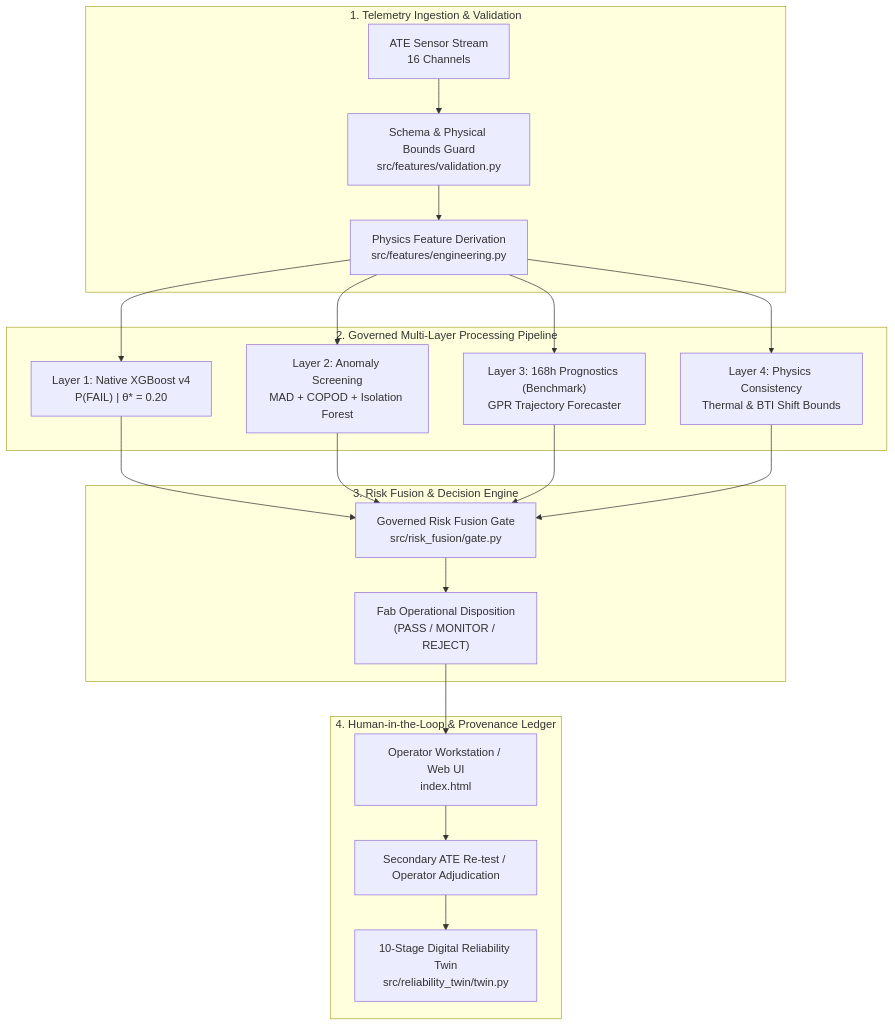
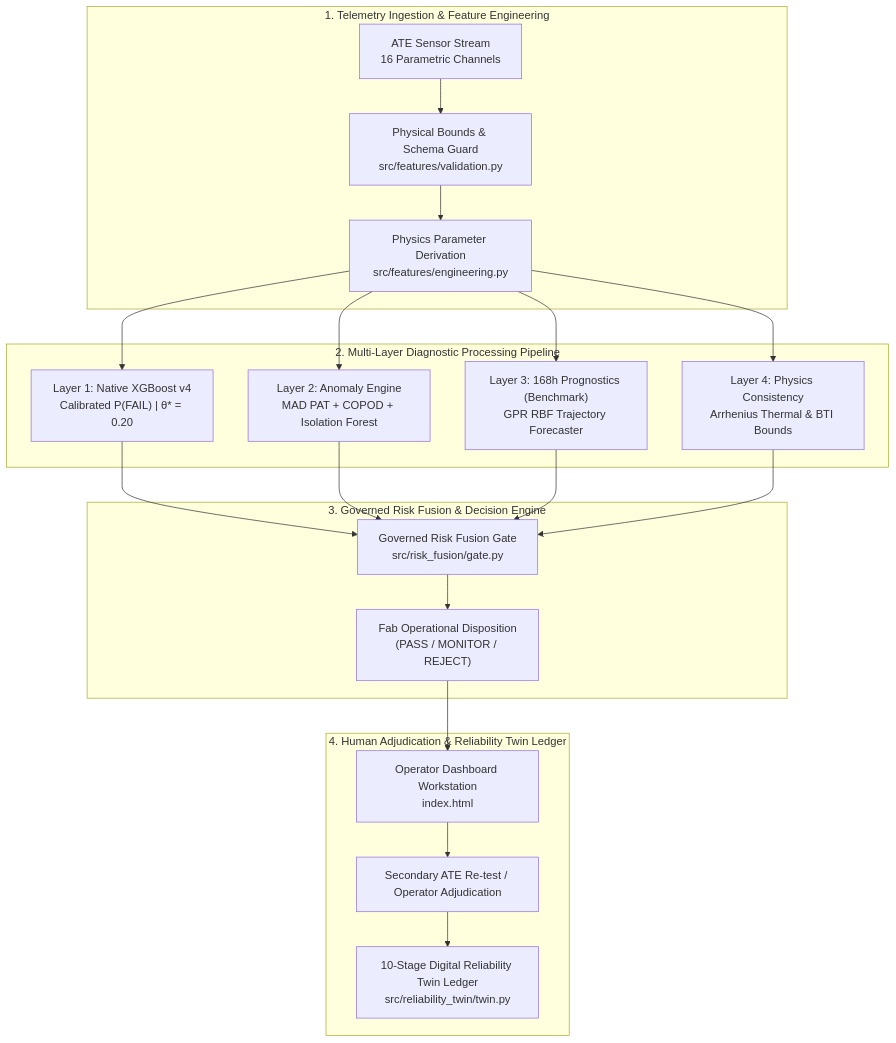
Before and after one commit to umeshpandeysh/predicta-26: the first of 3 diagrams in README.md, drawn with Mermaid. The commit also changed other lines of this file, not shown here.

Commit message:
docs: redesign README.md for SIH PS-170 with judge-first architecture, dataset coverage ecosystem, and engineering rigor

````diff
--- a/README.md
+++ b/README.md
@@ -97,28 +63,28 @@
 ```mermaid
 flowchart TD
-    subgraph INGEST ["1. Telemetry Ingestion & Validation"]
-        A[ATE Sensor Stream<br/>16 Channels] --> B[Schema & Physical Bounds Guard<br/>src/features/validation.py]
-        B --> C[Physics Feature Derivation<br/>src/features/engineering.py]
+    subgraph INGEST ["1. Telemetry Ingestion & Feature Engineering"]
+        A[ATE Sensor Stream<br/>16 Parametric Channels] --> B[Physical Bounds & Schema Guard<br/>src/features/validation.py]
+        B --> C[Physics Parameter Derivation<br/>src/features/engineering.py]
     end
 
-    subgraph ENGINE ["2. Governed Multi-Layer Processing Pipeline"]
-        C --> D["Layer 1: Native XGBoost v4<br/>P(FAIL) | θ* = 0.20"]
-        C --> E["Layer 2: Anomaly Screening<br/>MAD + COPOD + Isolation Forest"]
-        C --> F["Layer 3: 168h Prognostics (Benchmark)<br/>GPR Trajectory Forecaster"]
-        C --> G["Layer 4: Physics Consistency<br/>Thermal & BTI Shift Bounds"]
+    subgraph PIPELINE ["2. Multi-Layer Diagnostic Processing Pipeline"]
+        C --> D["Layer 1: Native XGBoost v4<br/>Calibrated P(FAIL) | θ* = 0.20"]
+        C --> E["Layer 2: Anomaly Engine<br/>MAD PAT + COPOD + Isolation Forest"]
+        C --> F["Layer 3: 168h Prognostics (Benchmark)<br/>GPR RBF Trajectory Forecaster"]
+        C --> G["Layer 4: Physics Consistency<br/>Arrhenius Thermal & BTI Bounds"]
     end
 
-    subgraph FUSION ["3. Risk Fusion & Decision Engine"]
+    subgraph FUSION ["3. Governed Risk Fusion & Decision Engine"]
         D --> H[Governed Risk Fusion Gate<br/>src/risk_fusion/gate.py]
         E --> H
         F --> H
         G --> H
         H --> I["Fab Operational Disposition<br/>(PASS / MONITOR / REJECT)"]
     end
 
-    subgraph ADJUDICATION ["4. Human-in-the-Loop & Provenance Ledger"]
-        I --> J[Operator Workstation / Web UI<br/>index.html]
+    subgraph AUDIT ["4. Human Adjudication & Reliability Twin Ledger"]
+        I --> J[Operator Dashboard Workstation<br/>index.html]
         J --> K[Secondary ATE Re-test / Operator Adjudication]
-        K --> L[10-Stage Digital Reliability Twin<br/>src/reliability_twin/twin.py]
+        K --> L["10-Stage Digital Reliability Twin Ledger<br/>src/reliability_twin/twin.py"]
     end
 ```
````
